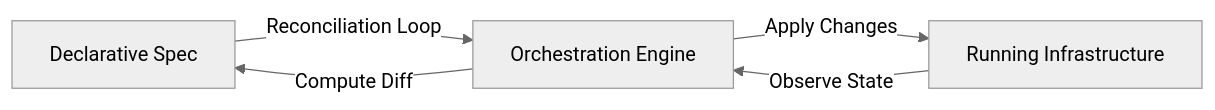
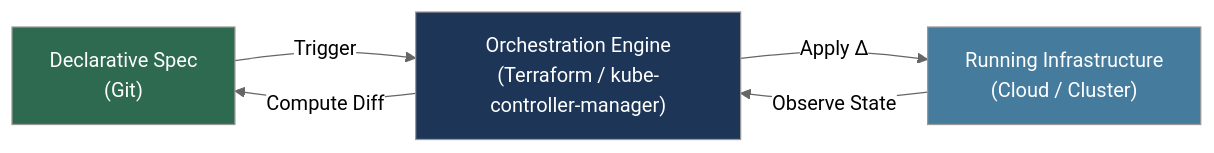
Before and after one commit to blebleblee/synapse: the first of 10 diagrams in topics/computing/infrastructure/devsecops/lesson_04_iac_configuration_management.md, drawn with Mermaid (neutral theme). The commit also changed other lines of this file and 6 other files, not shown here.

````diff
--- a/topics/computing/infrastructure/devsecops/lesson_04_iac_configuration_management.md
+++ b/topics/computing/infrastructure/devsecops/lesson_04_iac_configuration_management.md
@@ -9,7 +9,10 @@
 ```mermaid
 graph LR
-    A["Declarative Spec"] -->|"Reconciliation Loop"| B["Orchestration Engine"]
-    B -->|"Apply Changes"| C["Running Infrastructure"]
+    A["Declarative Spec\n(Git)"] -->|"Trigger"| B["Orchestration Engine\n(Terraform / kube-controller-manager)"]
+    B -->|"Apply Δ"| C["Running Infrastructure\n(Cloud / Cluster)"]
     C -->|"Observe State"| B
     B -->|"Compute Diff"| A
+    style A fill:#2d6a4f,color:#fff
+    style B fill:#1d3557,color:#fff
+    style C fill:#457b9d,color:#fff
 ```
````
